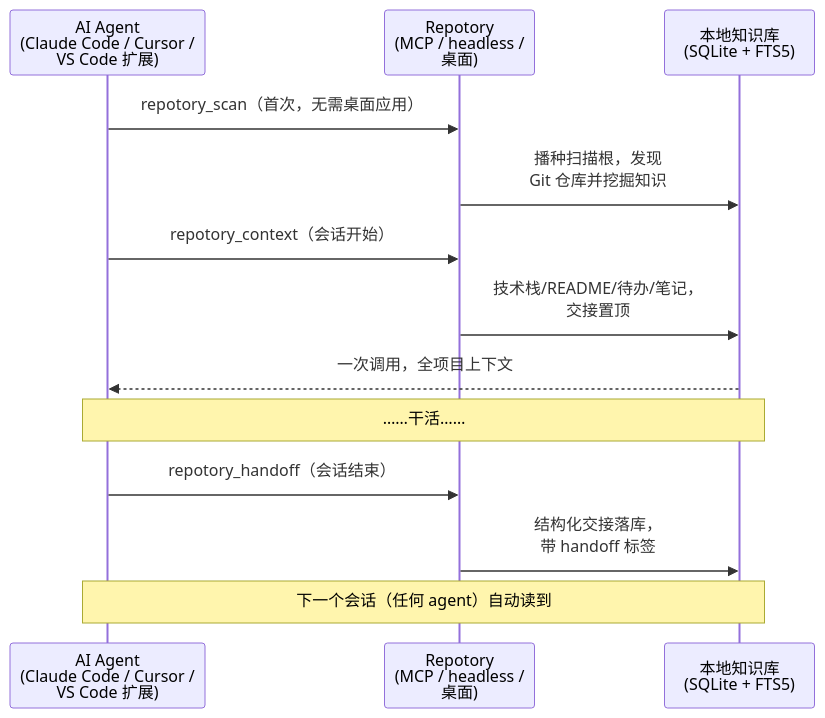
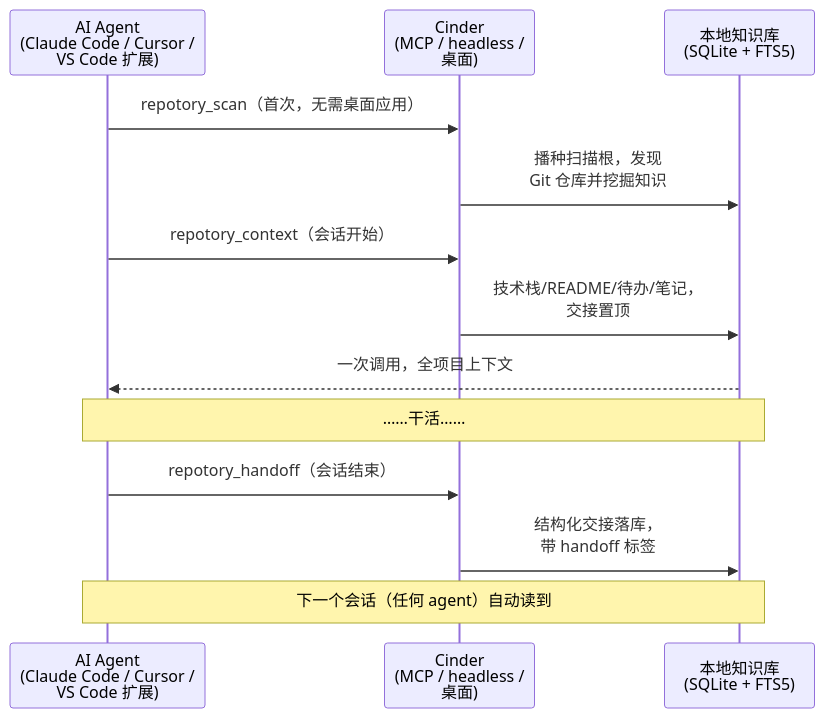
One commit to sky-jiangcheng/cinder changed the second of 3 diagrams in docs/index.md. Above: the diagram before and after it, drawn with Mermaid. The commit also changed other lines of this file and 185 other files, not shown here.

````diff
--- a/docs/index.md
+++ b/docs/index.md
@@ -43,15 +43,15 @@
 ```mermaid
 sequenceDiagram
     participant Agent as AI Agent<br>(Claude Code / Cursor /<br>VS Code 扩展)
-    participant RN as Repotory<br>(MCP / headless /<br>桌面)
+    participant RN as Cinder<br>(MCP / headless /<br>桌面)
     participant KB as 本地知识库<br>(SQLite + FTS5)
     Agent->>RN: repotory_scan（首次，无需桌面应用）
     RN->>KB: 播种扫描根，发现<br>Git 仓库并挖掘知识
     Agent->>RN: repotory_context（会话开始）
     RN->>KB: 技术栈/README/待办/笔记，<br>交接置顶
     KB-->>Agent: 一次调用，全项目上下文
     Note over Agent,KB: ……干活……
     Agent->>RN: repotory_handoff（会话结束）
     RN->>KB: 结构化交接落库，<br>带 handoff 标签
     Note over KB,Agent: 下一个会话（任何 agent）自动读到
 ```
````
